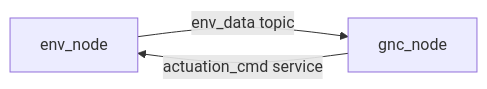
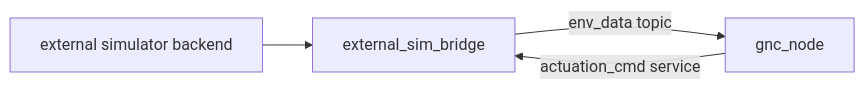
One commit to Accommodus/ASTRO changed the second of 2 diagrams in README.md. Above: the diagram before and after it, drawn with Mermaid. The commit also changed other lines of this file, not shown here.

````diff
--- a/README.md
+++ b/README.md
@@ -66,5 +60,6 @@
 ```mermaid
 flowchart LR
-    ENV["env_node"] -- "env_data topic" --> GNC["gnc_node"]
-    GNC -- "actuation_cmd service" --> ENV
+    SIM["external simulator backend"] --> BRIDGE["external_sim_bridge"]
+    BRIDGE -- "env_data topic" --> GNC["gnc_node"]
+    GNC -- "actuation_cmd service" --> BRIDGE
 ```
````
